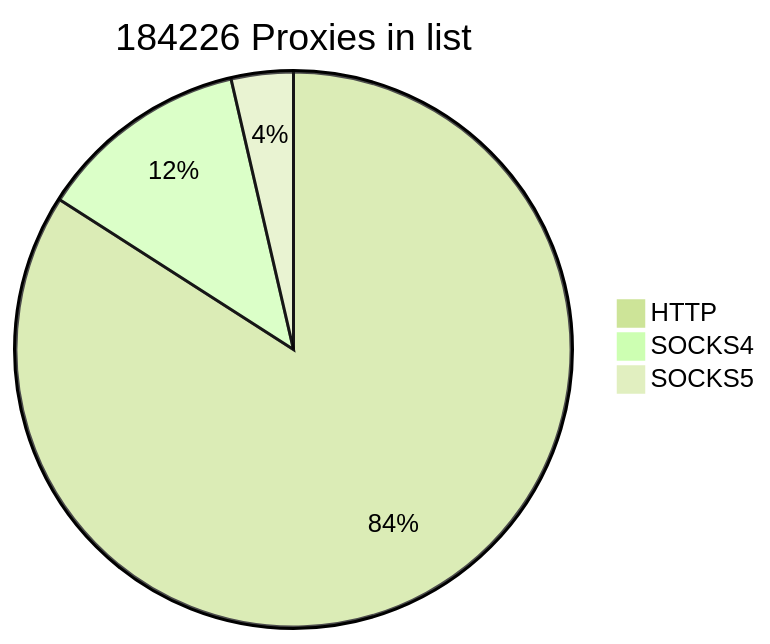
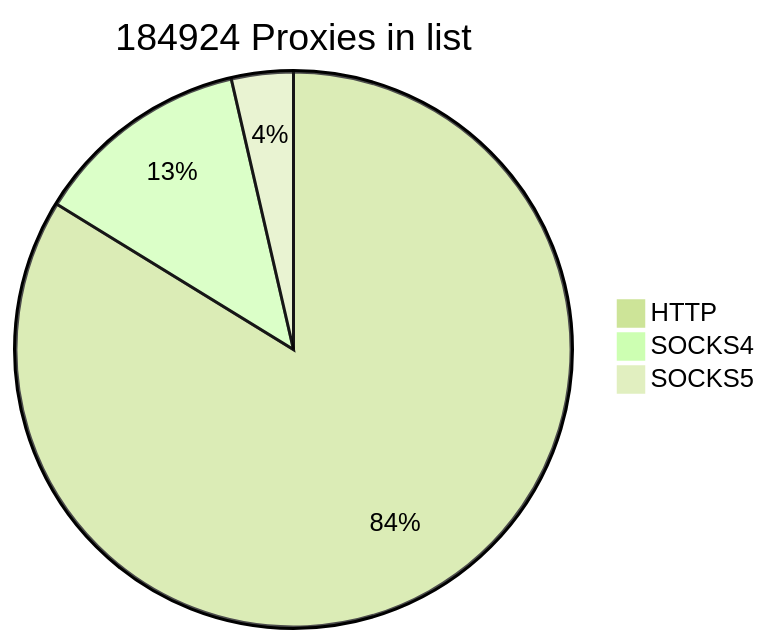
One commit to cutipu/proxylist changed the first of 2 diagrams in README.md. Above: the diagram before and after it, drawn with Mermaid (forest theme). The commit also changed other lines of this file, not shown here.

````diff
--- a/README.md
+++ b/README.md
@@ -2,7 +2,7 @@
 ```mermaid
-pie title 184226 Proxies in list
-    "HTTP" : 154881
-    "SOCKS4" : 22693
+pie title 184924 Proxies in list
+    "HTTP" : 154905
+    "SOCKS4" : 23367
     "SOCKS5" : 6652
             
 ```
````
